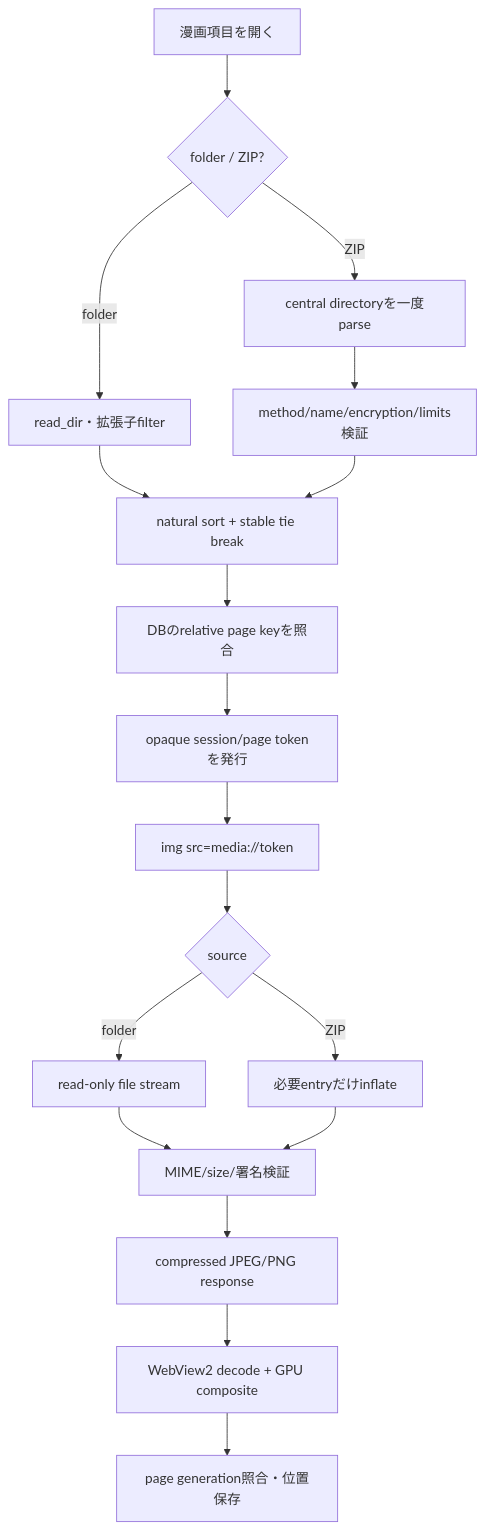
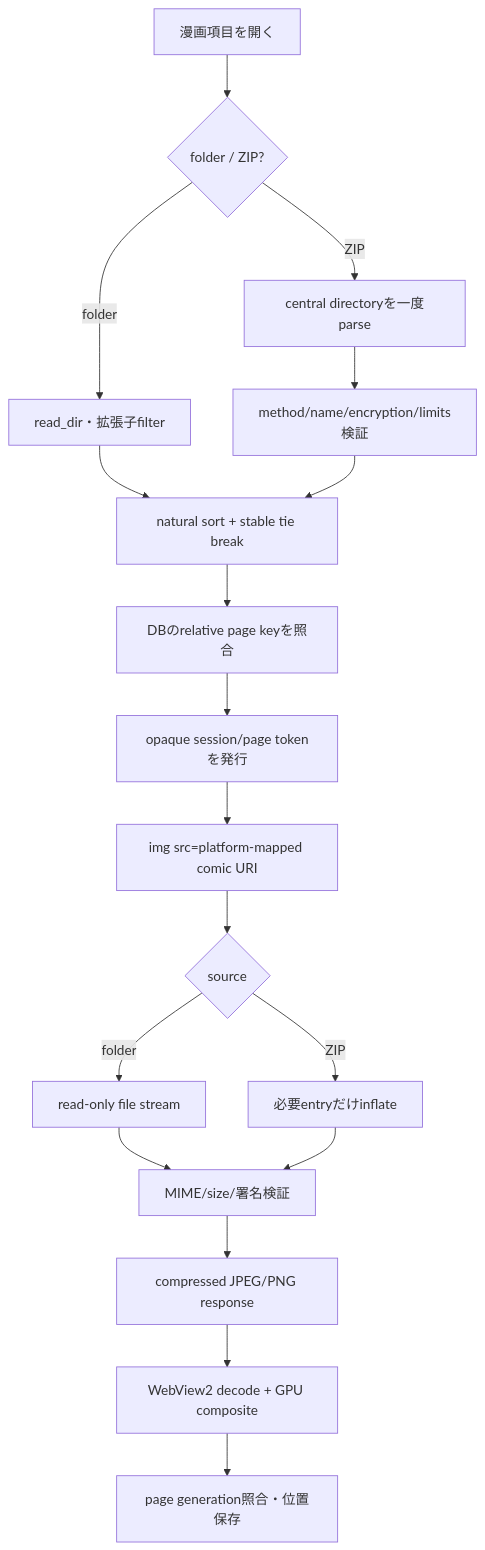
One commit to s-deme/comic_explorer changed the second of 5 diagrams in docs/design/architecture.md. Above: the diagram before and after it, drawn with Mermaid. The commit also changed other lines of this file and 8 other files, not shown here.

````diff
--- a/docs/design/architecture.md
+++ b/docs/design/architecture.md
@@ -114,20 +114,20 @@
 ```mermaid
 flowchart TD
   Open[漫画項目を開く] --> Kind{folder / ZIP?}
   Kind -- folder --> Enumerate[read_dir・拡張子filter]
   Kind -- ZIP --> Central[central directoryを一度parse]
   Central --> Validate[method/name/encryption/limits検証]
   Enumerate --> Sort[natural sort + stable tie break]
   Validate --> Sort
   Sort --> Resume[DBのrelative page keyを照合]
   Resume --> Token[opaque session/page tokenを発行]
-  Token --> Request["img src=media://token"]
+  Token --> Request["img src=platform-mapped comic URI"]
   Request --> Source{source}
   Source -- folder --> Read[read-only file stream]
   Source -- ZIP --> Entry[必要entryだけinflate]
   Read --> Mime[MIME/size/署名検証]
   Entry --> Mime
   Mime --> WebView[compressed JPEG/PNG response]
   WebView --> Decode[WebView2 decode + GPU composite]
   Decode --> Commit[page generation照合・位置保存]
 ```
````
